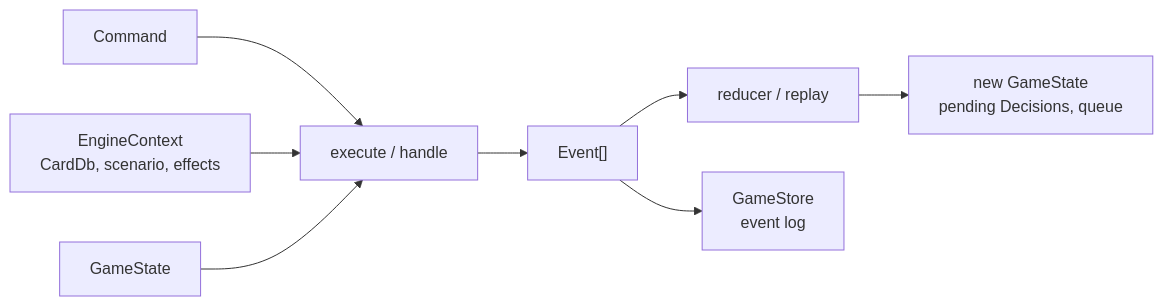
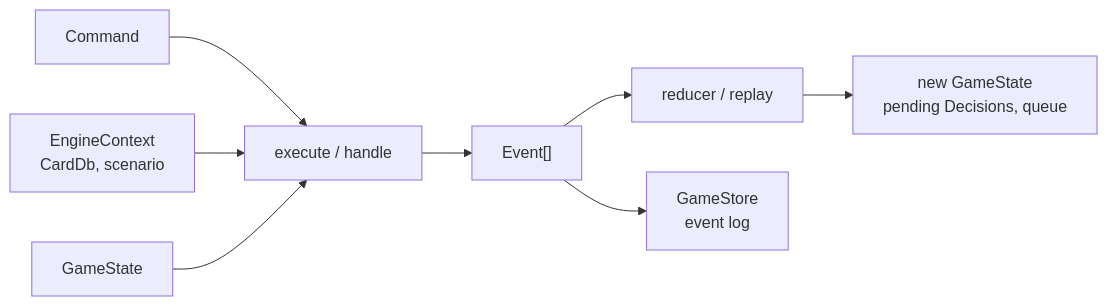
One commit to macandy13/arkham-companion changed the second of 2 diagrams in docs/architecture.md. Above: the diagram before and after it, drawn with Mermaid. The commit also changed other lines of this file and 11 other files, not shown here.

First line of the commit message:
feat(engine): card abilities with timing windows replace card scripts (P1 slice 2)

````diff
--- a/docs/architecture.md
+++ b/docs/architecture.md
@@ -44,10 +44,10 @@
 ```mermaid
 flowchart LR
   CMD["Command"] --> EXE["execute / handle"]
-  CTX["EngineContext<br/>CardDb, scenario, effects"] --> EXE
+  CTX["EngineContext<br/>CardDb, scenario"] --> EXE
   ST["GameState"] --> EXE
   EXE --> EV["Event[]"]
   EV --> RED["reducer / replay"]
   RED --> ST2["new GameState<br/>pending Decisions, queue"]
   EV --> STORE["GameStore<br/>event log"]
 ```
````
